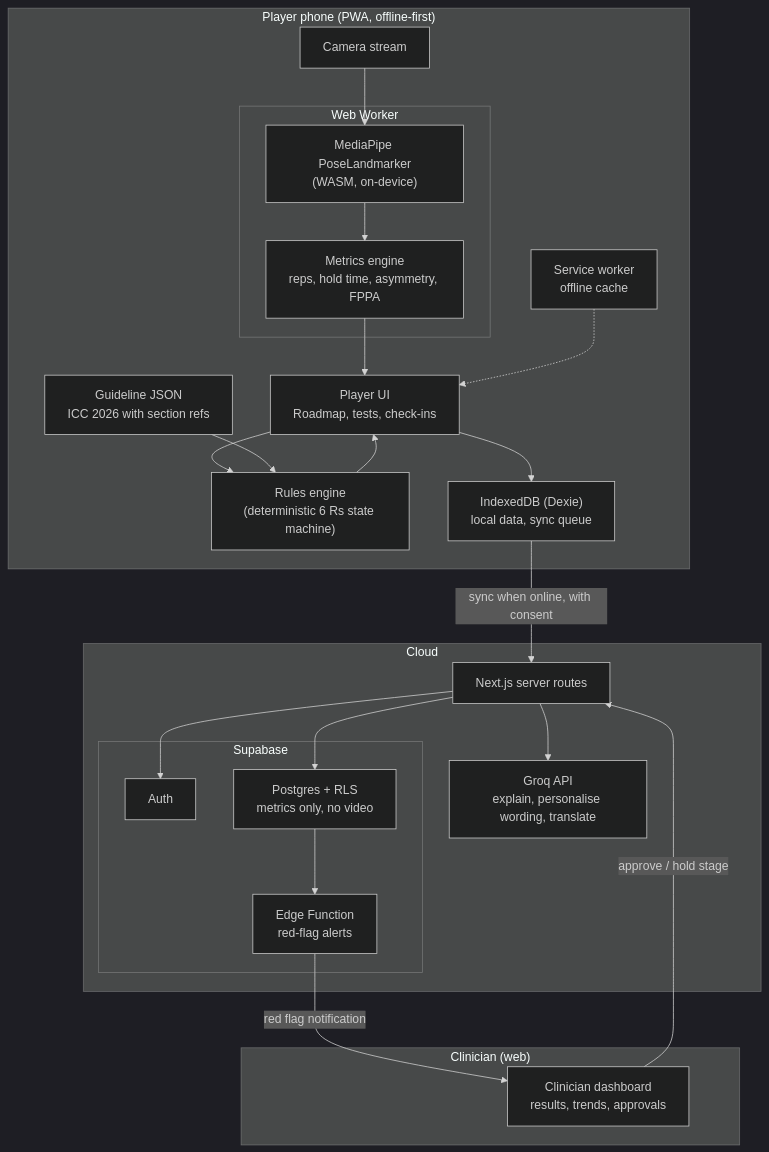
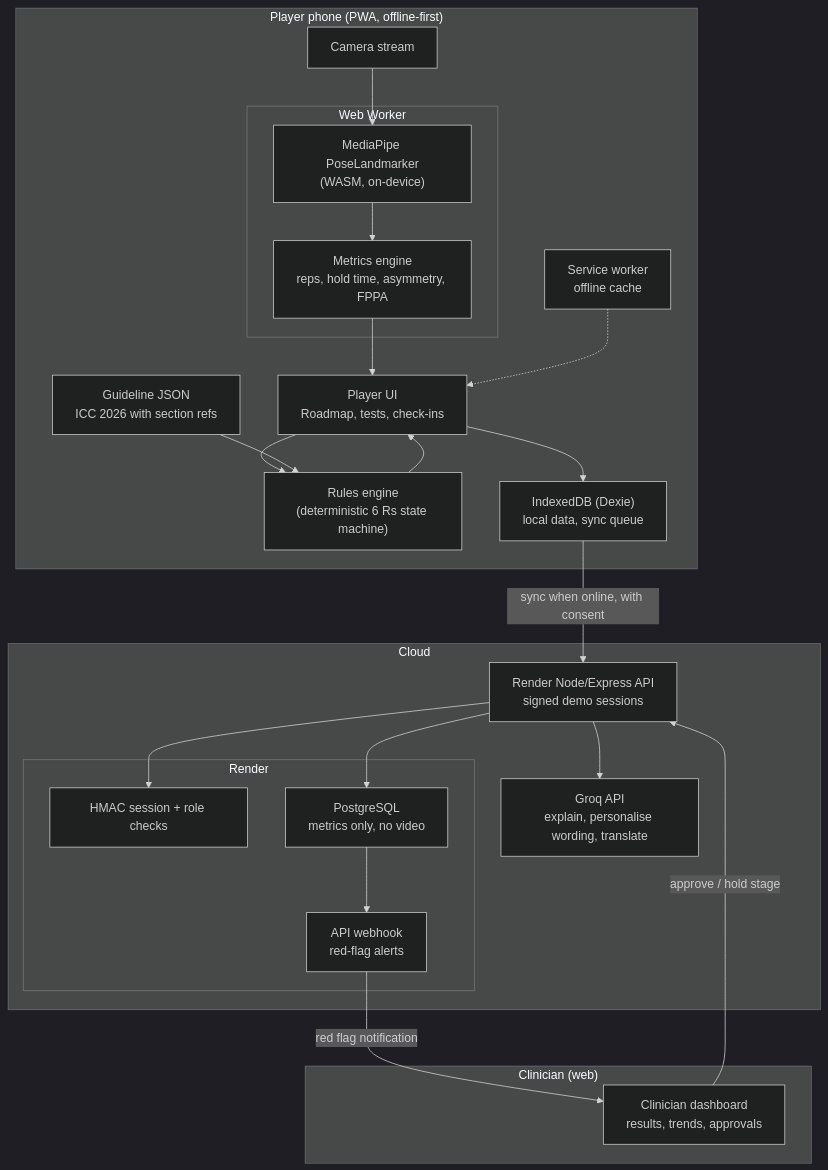
One commit to nourinzaman2005-droid/comeback changed the first of 5 diagrams in CLAUDE.md. Above: the diagram before and after it, drawn with Mermaid (dark theme). The commit also changed other lines of this file and 12 other files, not shown here.

````diff
--- a/CLAUDE.md
+++ b/CLAUDE.md
@@ -230,43 +230,43 @@
 ```mermaid
 flowchart TB
     subgraph Device["Player phone (PWA, offline-first)"]
         UI["Player UI<br/>Roadmap, tests, check-ins"]
         CAM["Camera stream"]
         subgraph Worker["Web Worker"]
             MP["MediaPipe PoseLandmarker<br/>(WASM, on-device)"]
             MET["Metrics engine<br/>reps, hold time, asymmetry, FPPA"]
         end
         RULES["Rules engine<br/>(deterministic 6 Rs state machine)"]
         GUIDE["Guideline JSON<br/>ICC 2026 with section refs"]
         IDB["IndexedDB (Dexie)<br/>local data, sync queue"]
         SW["Service worker<br/>offline cache"]
     end
 
     subgraph Cloud["Cloud"]
-        API["Next.js server routes"]
+        API["Render Node/Express API<br/>signed demo sessions"]
         LLM["Groq API<br/>explain, personalise wording, translate"]
-        subgraph SB["Supabase"]
-            AUTH["Auth"]
-            DB["Postgres + RLS<br/>metrics only, no video"]
-            EF["Edge Function<br/>red-flag alerts"]
+        subgraph RENDER["Render"]
+            AUTH["HMAC session + role checks"]
+            DB["PostgreSQL<br/>metrics only, no video"]
+            EF["API webhook<br/>red-flag alerts"]
         end
     end
 
     subgraph Clinic["Clinician (web)"]
         DASH["Clinician dashboard<br/>results, trends, approvals"]
     end
 
     CAM --> MP --> MET --> UI
     UI --> RULES
     GUIDE --> RULES
     RULES --> UI
     UI --> IDB
     SW -.-> UI
     IDB -- "sync when online, with consent" --> API
     API --> AUTH
     API --> DB
     API --> LLM
     DB --> EF
     EF -- "red flag notification" --> DASH
     DASH -- "approve / hold stage" --> API
 ```
````
